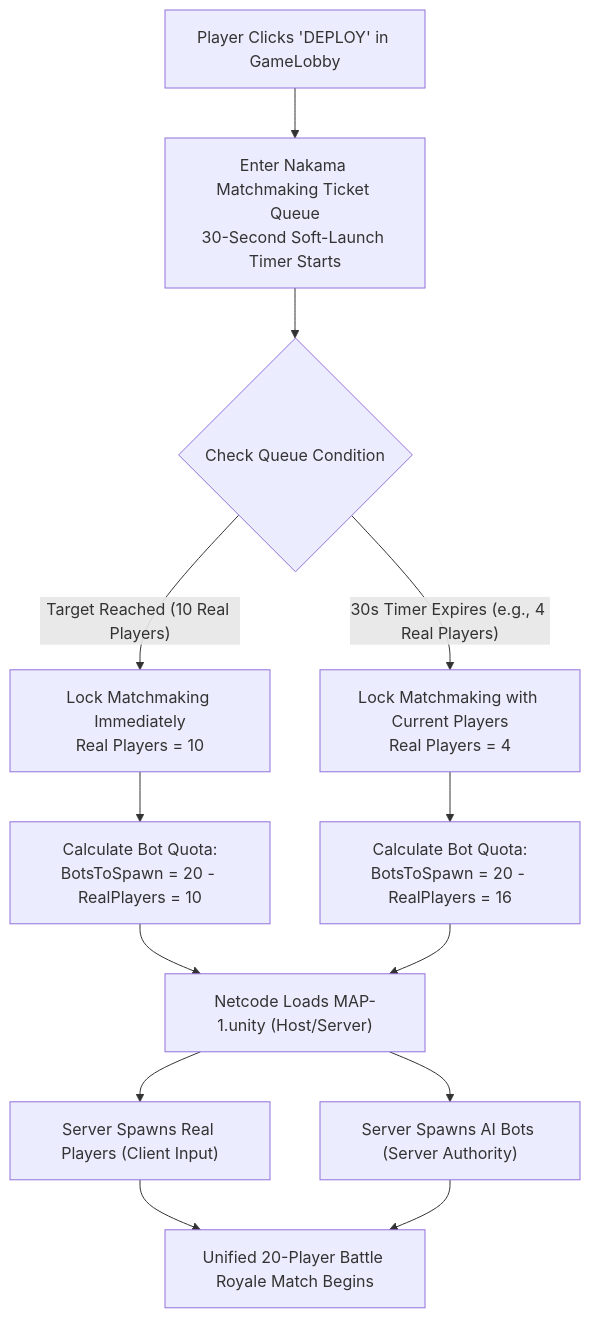
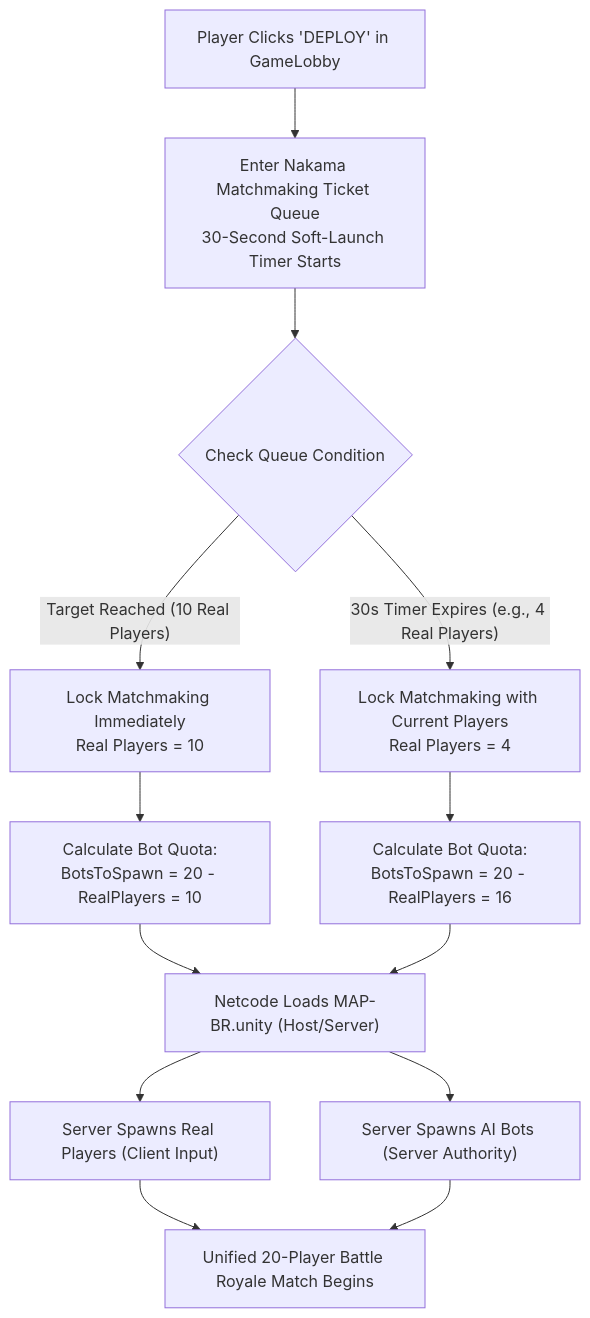
The diagram in Assets/Project/Docs/BattleRoyale_Hybrid_MatchLoop_Plan.md (OneEngine-studio/Railbound), drawn with Mermaid before and after one commit. The commit also changed other lines of this file and 21 other files, not shown here.

````diff
--- a/Assets/Project/Docs/BattleRoyale_Hybrid_MatchLoop_Plan.md
+++ b/Assets/Project/Docs/BattleRoyale_Hybrid_MatchLoop_Plan.md
@@ -27,15 +27,15 @@
 ```mermaid
 flowchart TD
     A["Player Clicks 'DEPLOY' in GameLobby"] --> B["Enter Nakama Matchmaking Ticket Queue<br/>30-Second Soft-Launch Timer Starts"]
     B --> C{"Check Queue Condition"}
     C -- "Target Reached (10 Real Players)" --> D["Lock Matchmaking Immediately<br/>Real Players = 10"]
     C -- "30s Timer Expires (e.g., 4 Real Players)" --> E["Lock Matchmaking with Current Players<br/>Real Players = 4"]
     D --> F["Calculate Bot Quota:<br/>BotsToSpawn = 20 - RealPlayers = 10"]
     E --> G["Calculate Bot Quota:<br/>BotsToSpawn = 20 - RealPlayers = 16"]
-    F --> H["Netcode Loads MAP-1.unity (Host/Server)"]
+    F --> H["Netcode Loads MAP-BR.unity (Host/Server)"]
     G --> H
     H --> I["Server Spawns Real Players (Client Input)"]
     H --> J["Server Spawns AI Bots (Server Authority)"]
     I --> K["Unified 20-Player Battle Royale Match Begins"]
     J --> K
 ```
````
